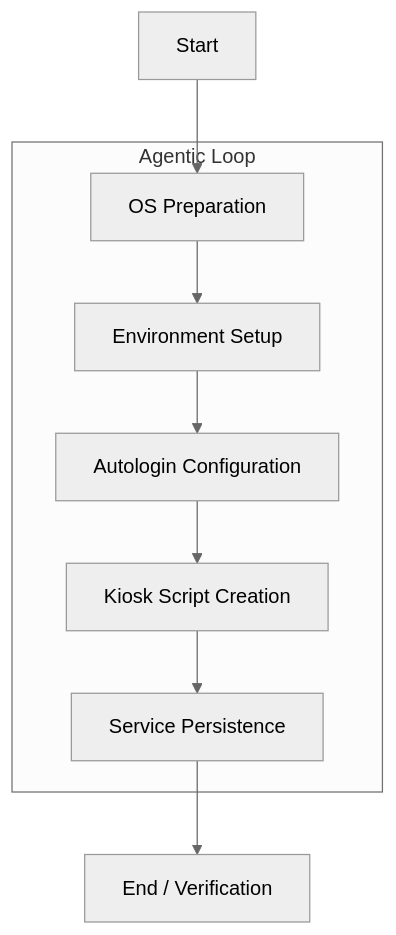
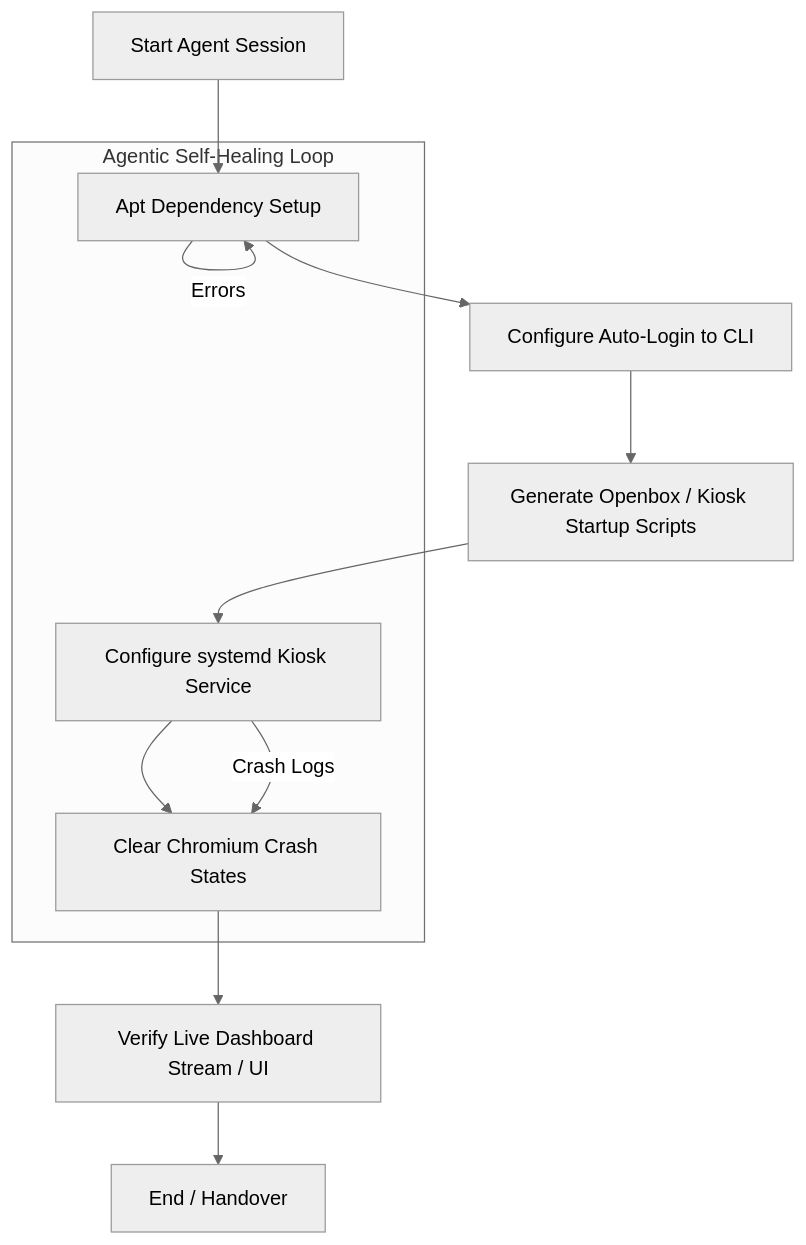
One commit to joanmarcriera/Home-office-automations changed the diagram in docs/playbooks/raspberry-pi-kiosk-automation.md. Above: the diagram before and after it, drawn with Mermaid (neutral theme). The commit also changed other lines of this file and 1 other file, not shown here.

First line of the commit message:
docs: perform freshness audit for raspberry pi kiosk automation

````diff
--- a/docs/playbooks/raspberry-pi-kiosk-automation.md
+++ b/docs/playbooks/raspberry-pi-kiosk-automation.md
@@ -47,17 +48,15 @@
 ```mermaid
 flowchart TD
-    A[Start] --> B[OS Preparation]
-    B --> C[Environment Setup]
-    C --> D[Autologin Configuration]
-    D --> E[Kiosk Script Creation]
-    E --> F[Service Persistence]
-    F --> G[End / Verification]
+    A[Start Agent Session] --> B[Apt Dependency Setup]
+    B --> C[Configure Auto-Login to CLI]
+    C --> D[Generate Openbox / Kiosk Startup Scripts]
+    D --> E[Configure systemd Kiosk Service]
+    E --> F[Clear Chromium Crash States]
+    F --> G[Verify Live Dashboard Stream / UI]
+    G --> H[End / Handover]
 
-    subgraph "Agentic Loop"
-    B
-    C
-    D
-    E
-    F
+    subgraph "Agentic Self-Healing Loop"
+    B -->|Errors| B
+    E -->|Crash Logs| F
     end
 ```
````
